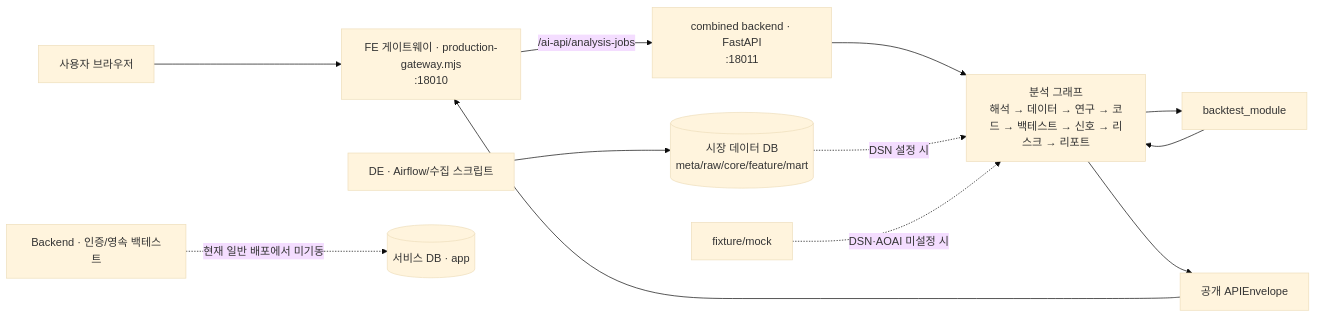
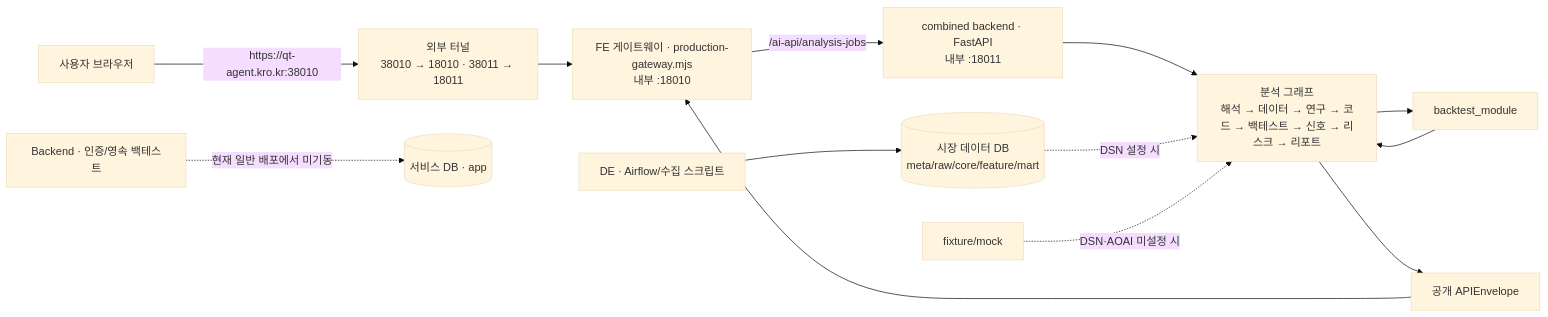
One commit to sj0618/Quant_agent changed the first of 8 diagrams in docs/PROJECT_FLOW_AND_DEBT_GUIDE.md. Above: the diagram before and after it, drawn with Mermaid (base theme). The commit also changed 1 other file, not shown here.

Commit message:
[FIX] 공개 진입점을 38010으로 바로잡음 — 내부 18010과 구분
외부 터널이 공개 38010을 내부 18010에, 38011을 18011에 매핑한다(deploy.yml L792·L801).
앞 커밋에서 내부 리스닝 포트를 18011/18010으로 맞추면서, 사용자가 실제로 닿는 공개
좌표까지 내부 포트로 적어버린 곳이 두 군데 있었다.

PROJECT_FLOW 다이어그램은 "사용자 브라우저"가 곧바로 :18010에 닿는 것처럼 그려져 있었다.
브라우저가 닿는 곳은 https://qt-agent.kro.kr:38010 이므로, 터널 노드를 넣어 공개 좌표와
내부 좌표를 분리했다.

recover-backend-fe.yml의 공개 검증은 포트 없는 https://qt-agent.kro.kr/ 을 쳤다. 저장소의
공개 URL은 GOOGLE_REDIRECT_URI·AUTH_PUBLIC_BACKEND_ORIGIN을 포함해 전부
https://qt-agent.kro.kr:38010 형태이고(워크플로에서 8곳), 포트 없는 형태는 이 한 곳뿐이라
복구 후 같은 오리진이 살아났는지를 검증하지 못했다.

````diff
--- a/docs/PROJECT_FLOW_AND_DEBT_GUIDE.md
+++ b/docs/PROJECT_FLOW_AND_DEBT_GUIDE.md
@@ -24,16 +24,17 @@
 ```mermaid
 flowchart LR
-    U["사용자 브라우저"] --> FE["FE 게이트웨이 · production-gateway.mjs<br/>:18010"]
-    FE -->|"/ai-api/analysis-jobs"| AI["combined backend · FastAPI<br/>:18011"]
+    U["사용자 브라우저"] -->|"https://qt-agent.kro.kr:38010"| T["외부 터널<br/>38010 → 18010 · 38011 → 18011"]
+    T --> FE["FE 게이트웨이 · production-gateway.mjs<br/>내부 :18010"]
+    FE -->|"/ai-api/analysis-jobs"| AI["combined backend · FastAPI<br/>내부 :18011"]
     AI --> G["분석 그래프<br/>해석 → 데이터 → 연구 → 코드 → 백테스트 → 신호 → 리스크 → 리포트"]
     G --> BT["backtest_module"]
     BT --> G
     G --> ENV["공개 APIEnvelope"]
     ENV --> FE
 
     DE["DE · Airflow/수집 스크립트"] --> MDB[("시장 데이터 DB<br/>meta/raw/core/feature/mart")]
     MDB -. "DSN 설정 시" .-> G
     FIX["fixture/mock"] -. "DSN·AOAI 미설정 시" .-> G
 
     BE["Backend · 인증/영속 백테스트"] -. "현재 일반 배포에서 미기동" .-> ADB[("서비스 DB · app")]
 ```
````
